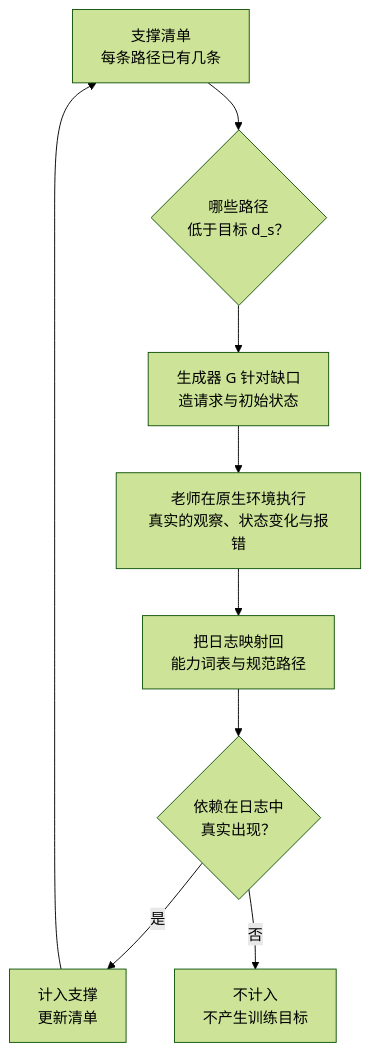
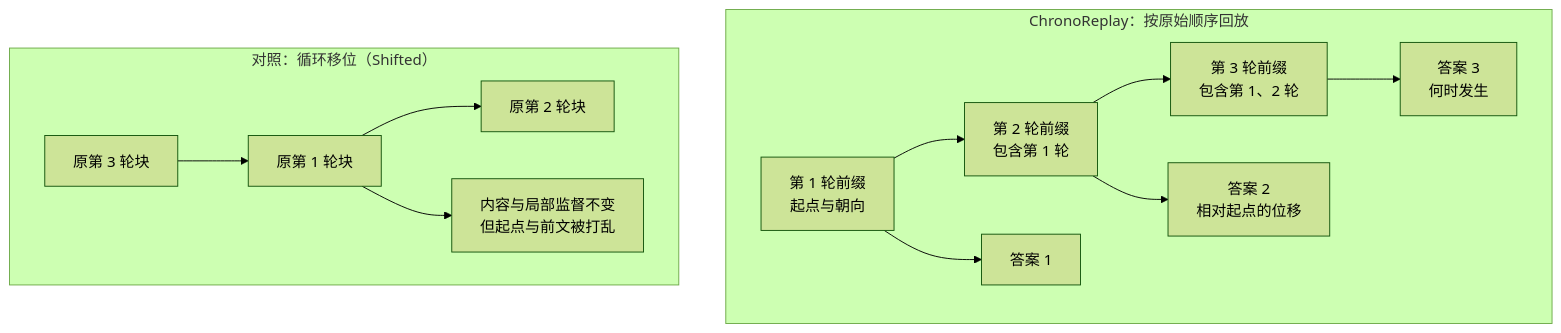
Before and after one commit to yingwang/paper-reads: the fourth of 5 diagrams in docs/index.md, drawn with Mermaid (forest theme). The commit also changed other lines of this file and 2 other files, not shown here.

````diff
--- a/docs/index.md
+++ b/docs/index.md
@@ -141,11 +158,13 @@
 ```mermaid
 flowchart TB
-    I["支撑清单<br/>每条路径已有几条"] --> D{"哪些路径<br/>低于目标 d_s？"}
-    D --> G["生成器 G 针对缺口<br/>造请求与初始状态"]
-    G --> T["老师在原生环境执行<br/>真实的观察、状态变化与报错"]
-    T --> M["把日志映射回<br/>能力词表与规范路径"]
-    M --> C{"依赖在日志中<br/>真实出现？"}
-    C -->|"是"| U["计入支撑<br/>更新清单"]
-    C -->|"否"| N["不计入<br/>不产生训练目标"]
-    U --> I
+    subgraph CR["ChronoReplay：按原始顺序回放"]
+        O1["第 1 轮前缀<br/>起点与朝向"] --> O2["第 2 轮前缀<br/>包含第 1 轮"] --> O3["第 3 轮前缀<br/>包含第 1、2 轮"]
+        O1 --> Y1["答案 1"]
+        O2 --> Y2["答案 2<br/>相对起点的位移"]
+        O3 --> Y3["答案 3<br/>何时发生"]
+    end
+    subgraph SH["对照：循环移位（Shifted）"]
+        B3["原第 3 轮块"] --> B1["原第 1 轮块"] --> B2["原第 2 轮块"]
+        B1 --> W["内容与局部监督不变<br/>但起点与前文被打乱"]
+    end
 ```
````
